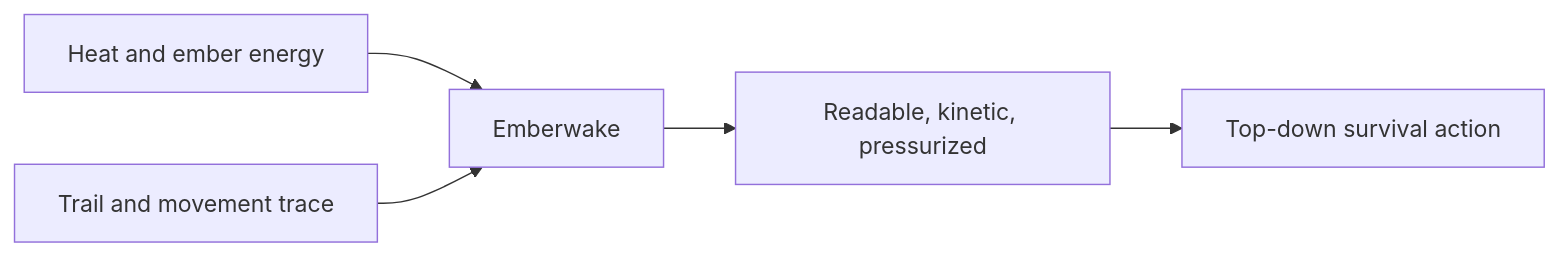
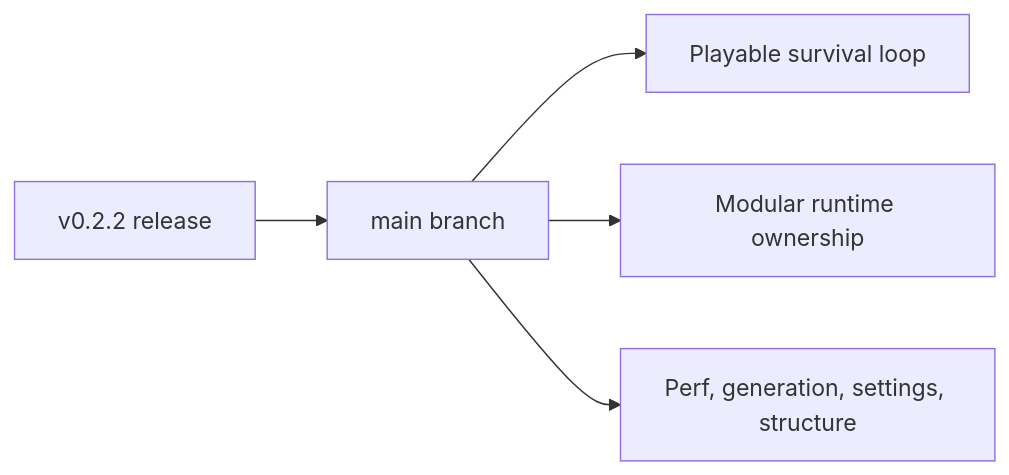
The second of 14 diagrams in README.md (AlexAgo83/emberwake), drawn with Mermaid before and after one commit. The commit also changed other lines of this file and 23 other files, not shown here.

````diff
--- a/README.md
+++ b/README.md
@@ -30,7 +47,7 @@
 ```mermaid
 flowchart LR
-    Ember[Heat and ember energy] --> Emberwake[Emberwake]
-    Wake[Trail and movement trace] --> Emberwake
-    Emberwake --> Tone[Readable, kinetic, pressurized]
-    Tone --> Direction[Top-down survival action]
+    Release[v0.2.2 release] --> Main[main branch]
+    Main --> Playable[Playable survival loop]
+    Main --> Modular[Modular runtime ownership]
+    Main --> Next[Perf, generation, settings, structure]
 ```
````
